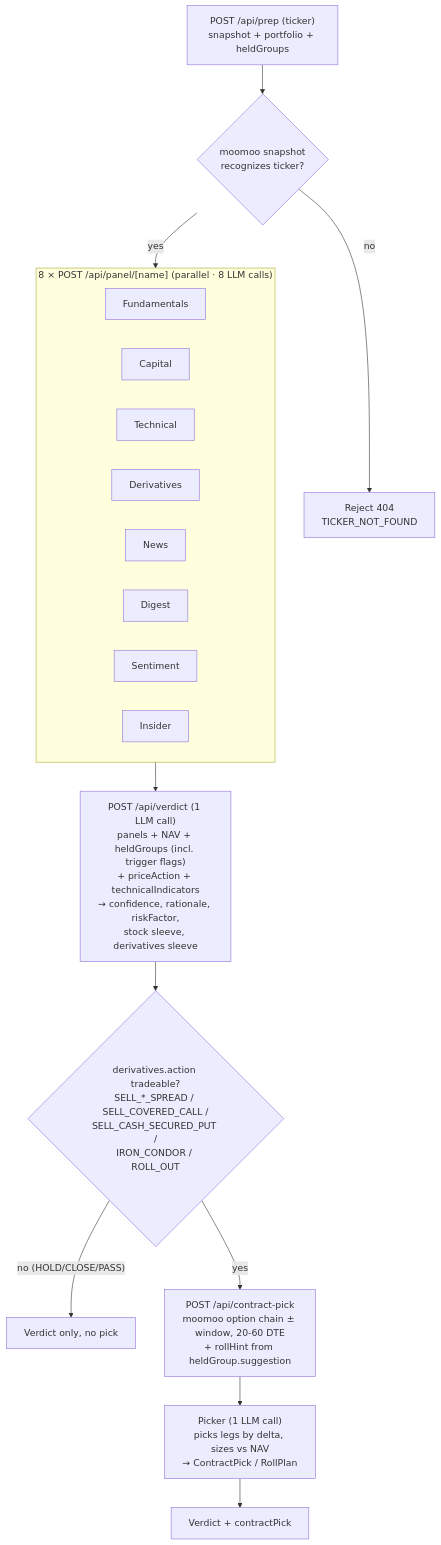
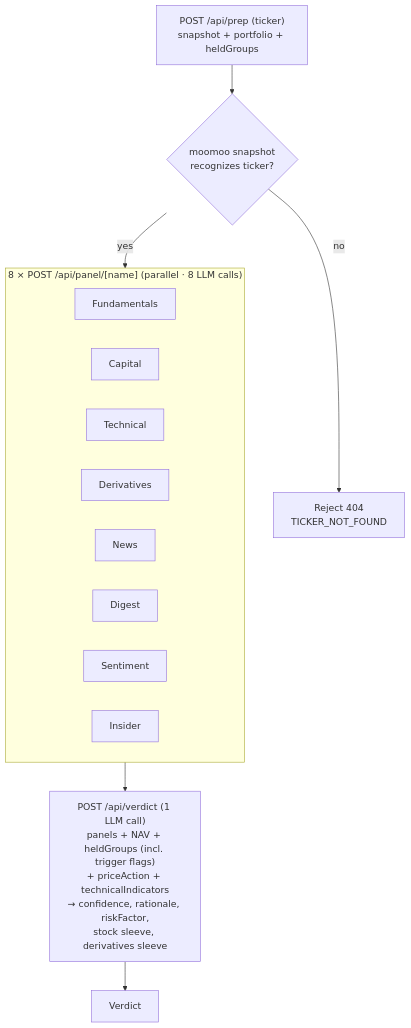
The diagram in README.md (kaicong12/stock-analysis), drawn with Mermaid before and after one commit. The commit also changed other lines of this file and 15 other files, not shown here.

First line of the commit message:
refactor: remove contract-picker feature

````diff
--- a/README.md
+++ b/README.md
@@ -111,26 +111,22 @@
 ```mermaid
 flowchart TD
     A["POST /api/prep (ticker)<br/>snapshot + portfolio + heldGroups"] --> S0{"moomoo snapshot<br/>recognizes ticker?"}
     S0 -- no --> R["Reject 404<br/>TICKER_NOT_FOUND"]
     S0 -- yes --> S2
 
     subgraph S2["8 × POST /api/panel/[name] (parallel · 8 LLM calls)"]
         direction LR
         P1[Fundamentals]
         P2[Capital]
         P3[Technical]
         P4[Derivatives]
         P5[News]
         P6[Digest]
         P7[Sentiment]
         P8[Insider]
     end
 
     S2 --> S3["POST /api/verdict (1 LLM call)<br/>panels + NAV + heldGroups (incl. trigger flags)<br/>+ priceAction + technicalIndicators<br/>→ confidence, rationale, riskFactor,<br/>stock sleeve, derivatives sleeve"]
 
-    S3 --> Q{"derivatives.action tradeable?<br/>SELL_*_SPREAD / SELL_COVERED_CALL /<br/>SELL_CASH_SECURED_PUT /<br/>IRON_CONDOR / ROLL_OUT"}
-    Q -- "no (HOLD/CLOSE/PASS)" --> OUT["Verdict only, no pick"]
-    Q -- yes --> S4["POST /api/contract-pick<br/>moomoo option chain ± window, 20-60 DTE<br/>+ rollHint from heldGroup.suggestion"]
-    S4 --> S5["Picker (1 LLM call)<br/>picks legs by delta, sizes vs NAV<br/>→ ContractPick / RollPlan"]
-    S5 --> OUT2["Verdict + contractPick"]
+    S3 --> OUT["Verdict"]
 ```
````
